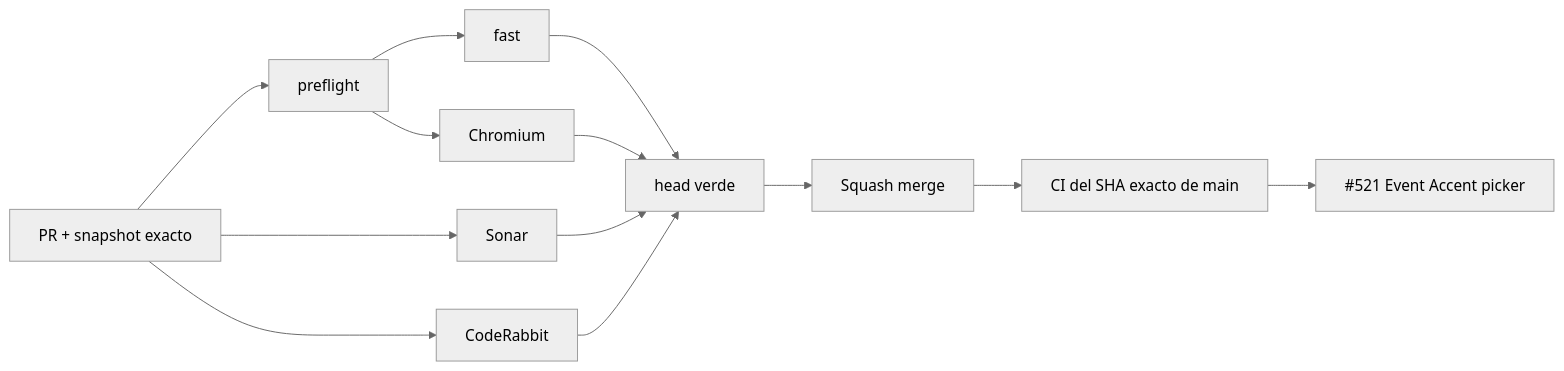
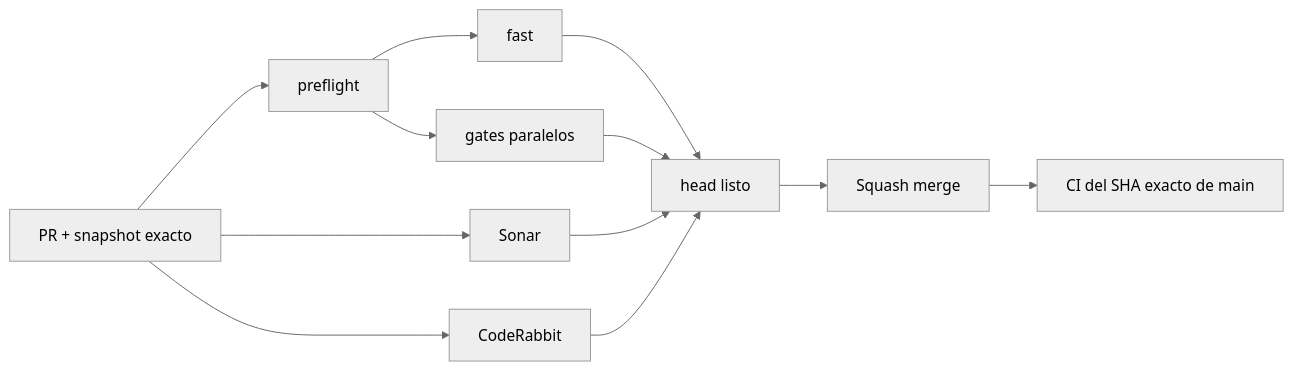
One commit to pl0n3r/brvtal changed the diagram in README.md. Above: the diagram before and after it, drawn with Mermaid (neutral theme). The commit also changed other lines of this file and 10 other files, not shown here.

Commit message:
feat: add Event Accent visual color field

````diff
--- a/README.md
+++ b/README.md
@@ -44,15 +45,14 @@
 ```mermaid
 flowchart LR
-    A["PR + snapshot exacto"] --> P["preflight"]
-    P --> F["fast"]
-    P --> C["Chromium"]
-    A --> S["Sonar"]
-    A --> R["CodeRabbit"]
-    F --> G["head verde"]
-    C --> G
-    S --> G
-    R --> G
-    G --> M["Squash merge"]
-    M --> X["CI del SHA exacto de main"]
-    X --> N["#521 Event Accent picker"]
+ A["PR + snapshot exacto"] --> P["preflight"]
+ P --> F["fast"]
+ P --> H["gates paralelos"]
+ A --> S["Sonar"]
+ A --> R["CodeRabbit"]
+ F --> G["head listo"]
+ H --> G
+ S --> G
+ R --> G
+ G --> M["Squash merge"]
+ M --> X["CI del SHA exacto de main"]
 ```
````
